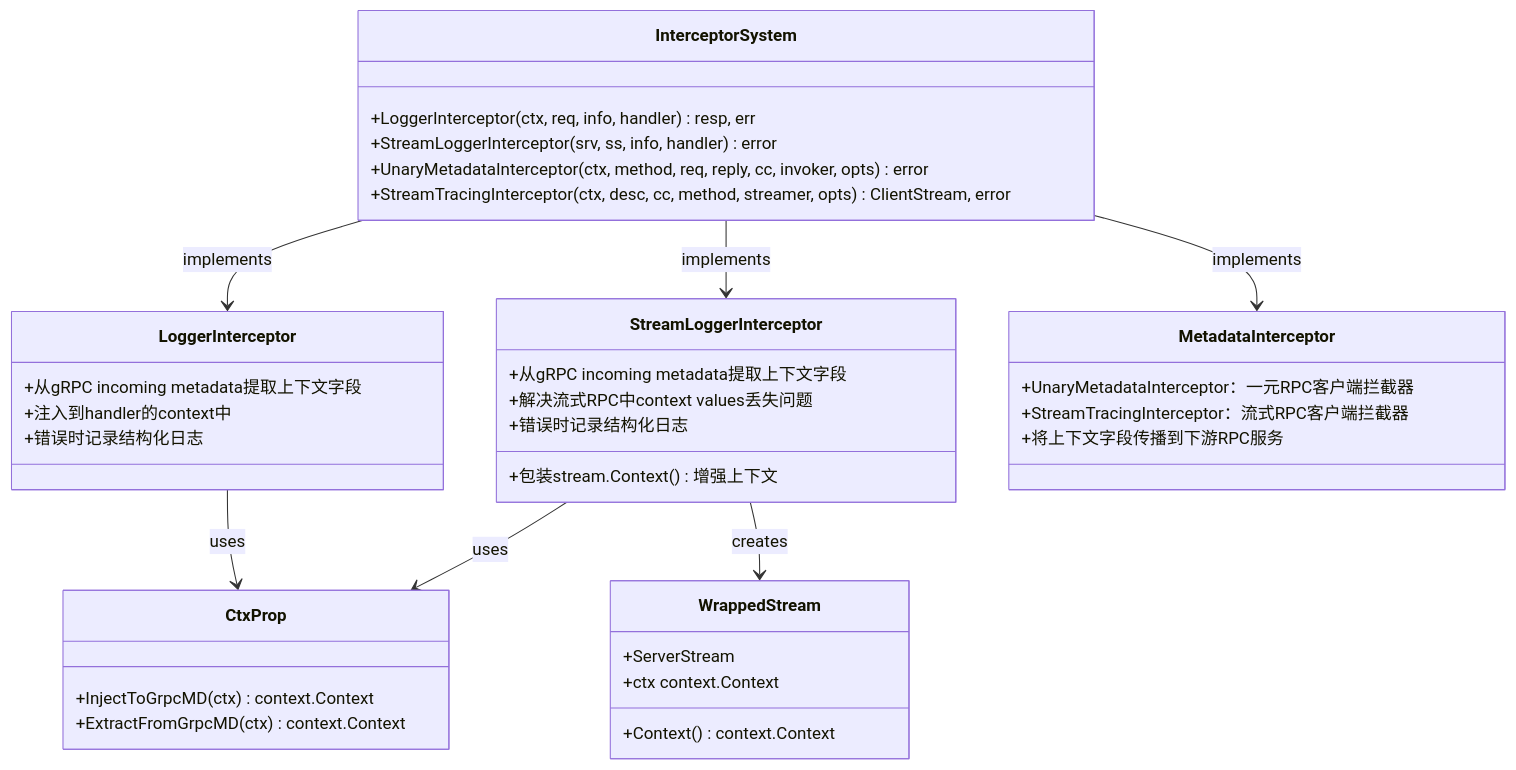
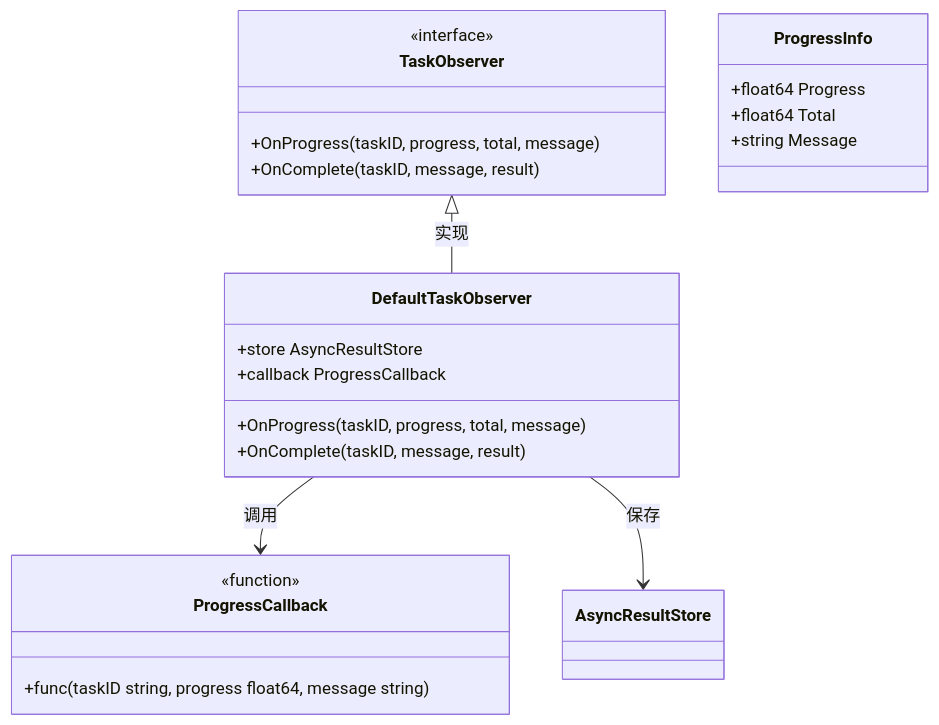
The seventh of 10 diagrams in .qoder/repowiki/zh/content/核心服务详解/AI聊天服务.md (maomao94/zero-service), drawn with Mermaid before and after one commit. The commit also changed other lines of this file and 58 other files, not shown here.

````diff
--- a/.qoder/repowiki/zh/content/核心服务详解/AI聊天服务.md
+++ b/.qoder/repowiki/zh/content/核心服务详解/AI聊天服务.md
@@ -695,40 +710,26 @@
 ```mermaid
 classDiagram
-class InterceptorSystem {
-+LoggerInterceptor(ctx, req, info, handler) resp, err
-+StreamLoggerInterceptor(srv, ss, info, handler) error
-+UnaryMetadataInterceptor(ctx, method, req, reply, cc, invoker, opts) error
-+StreamTracingInterceptor(ctx, desc, cc, method, streamer, opts) ClientStream, error
+class TaskObserver {
+<<interface>>
++OnProgress(taskID, progress, total, message)
++OnComplete(taskID, message, result)
 }
-class LoggerInterceptor {
-+从gRPC incoming metadata提取上下文字段
-+注入到handler的context中
-+错误时记录结构化日志
+class DefaultTaskObserver {
++store AsyncResultStore
++callback ProgressCallback
++OnProgress(taskID, progress, total, message)
++OnComplete(taskID, message, result)
 }
-class StreamLoggerInterceptor {
-+从gRPC incoming metadata提取上下文字段
-+包装stream.Context()增强上下文
-+解决流式RPC中context values丢失问题
-+错误时记录结构化日志
+class ProgressCallback {
+<<function>>
++func(taskID string, progress float64, message string)
 }
-class MetadataInterceptor {
-+UnaryMetadataInterceptor：一元RPC客户端拦截器
-+StreamTracingInterceptor：流式RPC客户端拦截器
-+将上下文字段传播到下游RPC服务
+class ProgressInfo {
++float64 Progress
++float64 Total
++string Message
 }
-class CtxProp {
-+InjectToGrpcMD(ctx) context.Context
-+ExtractFromGrpcMD(ctx) context.Context
-}
-class WrappedStream {
-+ServerStream
-+ctx context.Context
-+Context() context.Context
-}
-InterceptorSystem --> LoggerInterceptor : implements
-InterceptorSystem --> StreamLoggerInterceptor : implements
-InterceptorSystem --> MetadataInterceptor : implements
-LoggerInterceptor --> CtxProp : uses
-StreamLoggerInterceptor --> CtxProp : uses
-StreamLoggerInterceptor --> WrappedStream : creates
+TaskObserver <|-- DefaultTaskObserver : 实现
+DefaultTaskObserver --> ProgressCallback : 调用
+DefaultTaskObserver --> AsyncResultStore : 保存
 ```
````
